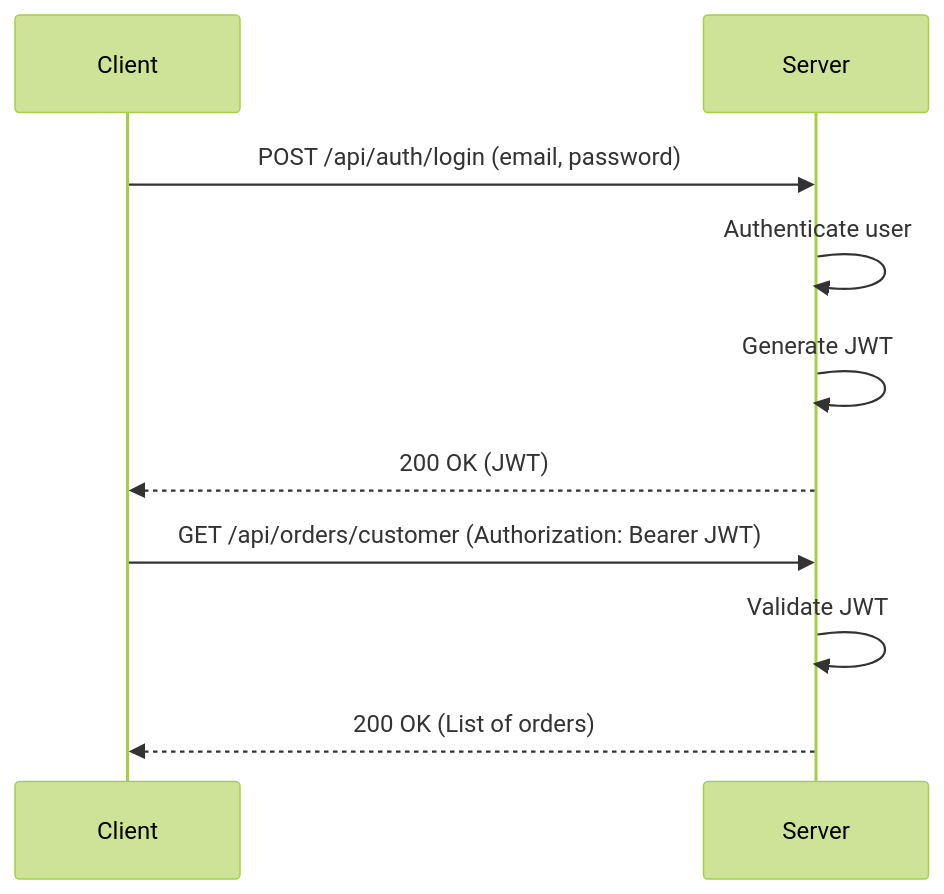
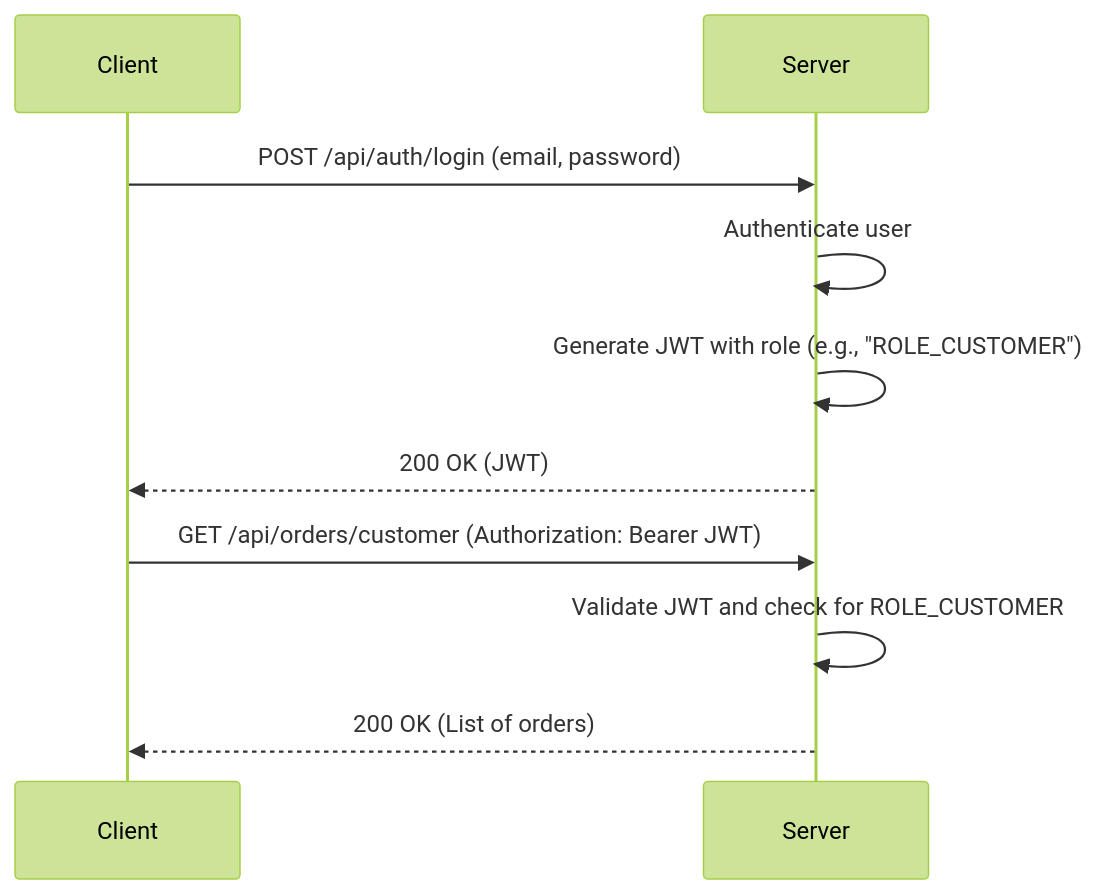
One commit to saipreetham9999/AuntiesOfflineFoodOrderSystem changed the diagram in auntieesfoodordermanagement/README.md. Above: the diagram before and after it, drawn with Mermaid (forest theme). The commit also changed other lines of this file, not shown here.

````diff
--- a/auntieesfoodordermanagement/README.md
+++ b/auntieesfoodordermanagement/README.md
@@ -73,14 +76,14 @@
 ```mermaid
 sequenceDiagram
     participant Client
     participant Server
 
     Client->>Server: POST /api/auth/login (email, password)
     Server->>Server: Authenticate user
-    Server->>Server: Generate JWT
+    Server->>Server: Generate JWT with role (e.g., "ROLE_CUSTOMER")
     Server-->>Client: 200 OK (JWT)
 
     Client->>Server: GET /api/orders/customer (Authorization: Bearer JWT)
-    Server->>Server: Validate JWT
+    Server->>Server: Validate JWT and check for ROLE_CUSTOMER
     Server-->>Client: 200 OK (List of orders)
 ```
````
